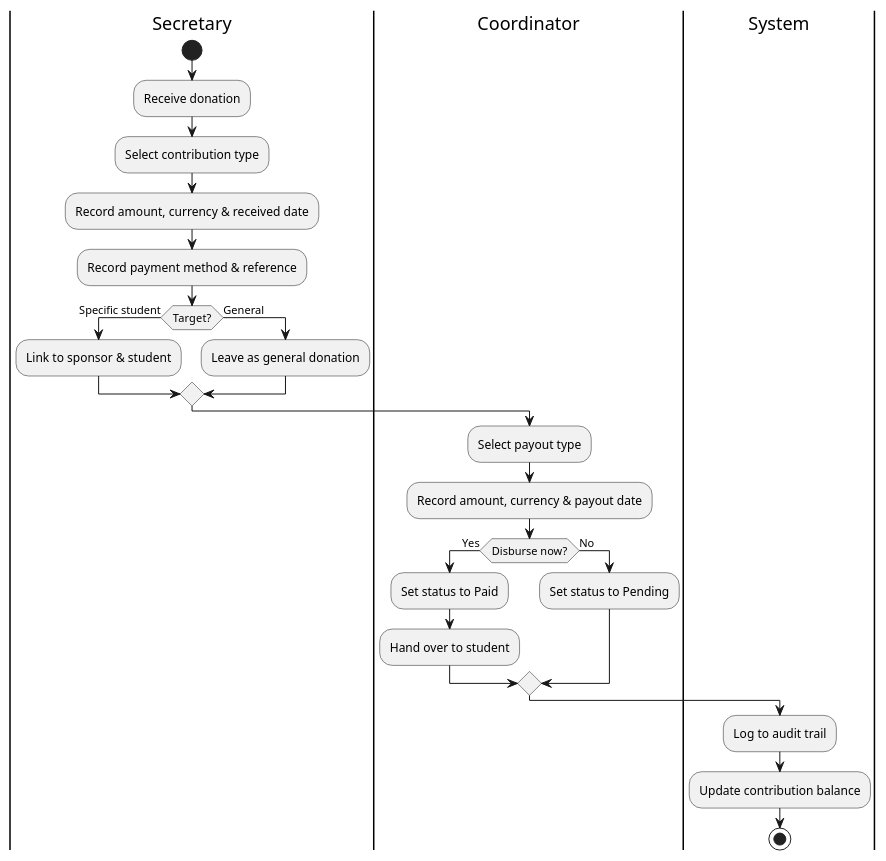
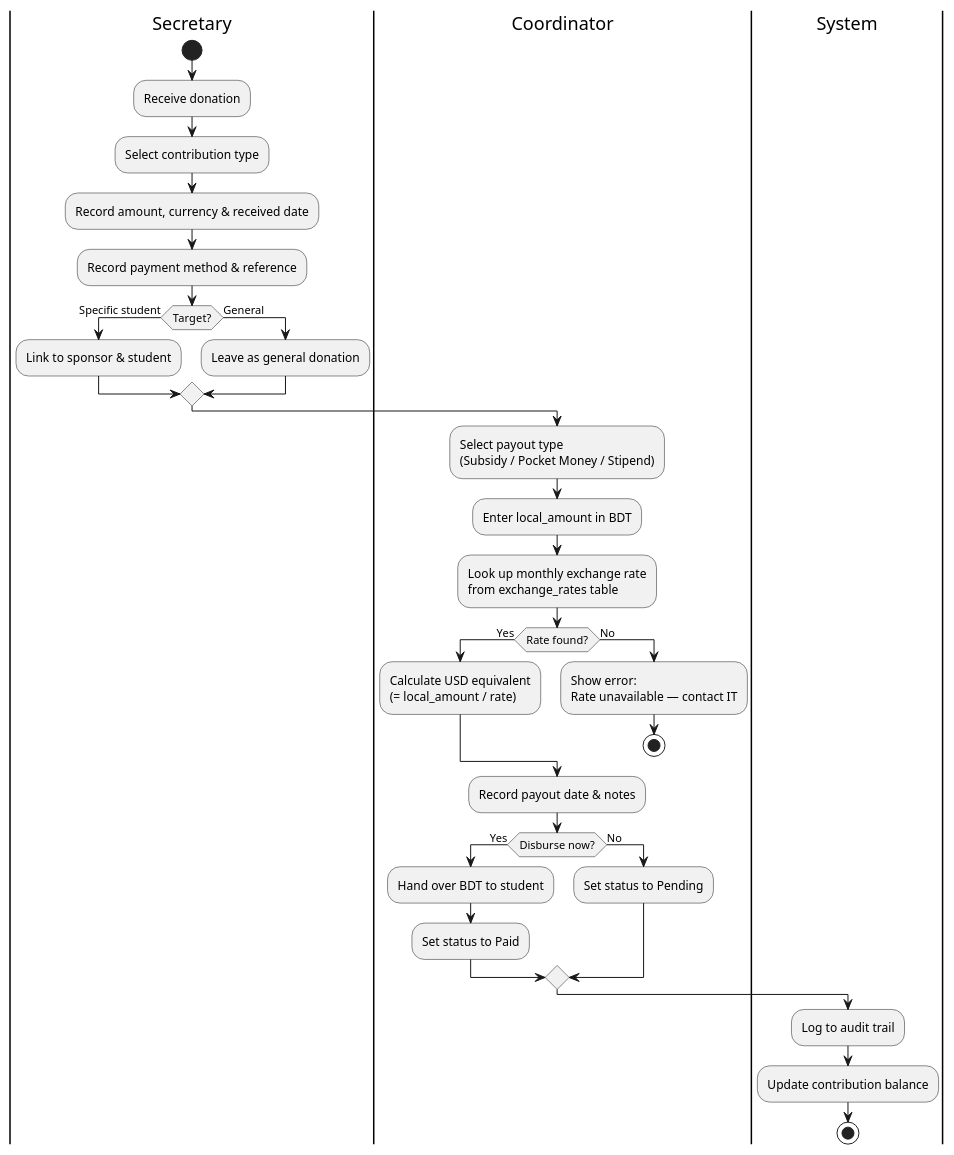
The diagram in activity-diagram/workflow_finance.puml (TainYanTun/BHSMS-Architectural-Blueprint), drawn with PlantUML before and after one commit. The commit also changed 7 other files, not shown here.

```diff
--- a/activity-diagram/workflow_finance.puml
+++ b/activity-diagram/workflow_finance.puml
@@ -1,28 +1,36 @@
 @startuml
 |Secretary|
 start
 :Receive donation;
 :Select contribution type;
 :Record amount, currency & received date;
 :Record payment method & reference;
 if (Target?) then (Specific student)
   :Link to sponsor & student;
 else (General)
   :Leave as general donation;
 endif
 
 |Coordinator|
-:Select payout type;
-:Record amount, currency & payout date;
+:Select payout type\n(Subsidy / Pocket Money / Stipend);
+:Enter local_amount in BDT;
+:Look up monthly exchange rate\nfrom exchange_rates table;
+if (Rate found?) then (Yes)
+  :Calculate USD equivalent\n(= local_amount / rate);
+else (No)
+  :Show error:\nRate unavailable — contact IT;
+  stop
+endif
+:Record payout date & notes;
 if (Disburse now?) then (Yes)
+  :Hand over BDT to student;
   :Set status to Paid;
-  :Hand over to student;
 else (No)
   :Set status to Pending;
 endif
 
 |System|
 :Log to audit trail;
 :Update contribution balance;
 stop
 @enduml
```
